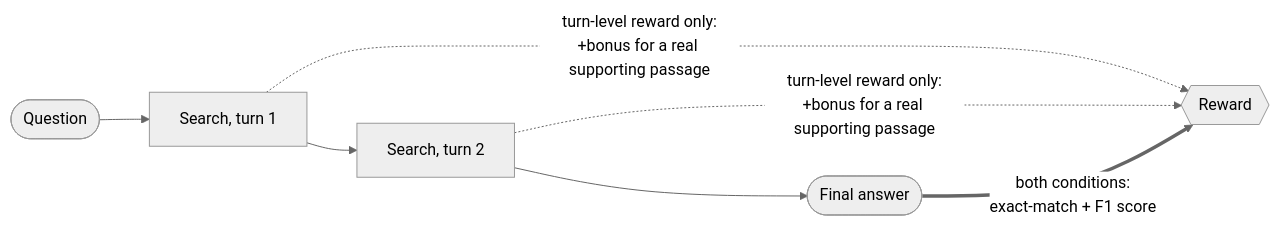
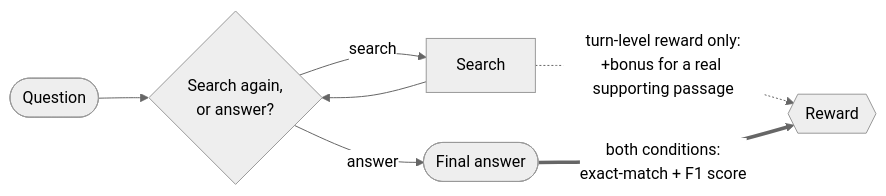
The diagram in README.md (redswimmer/grpo-turn-level-rewards), drawn with Mermaid (neutral theme) before and after one commit. The commit also changed other lines of this file, not shown here.

First line of the commit message:
README: fix a real inaccuracy -- "2-search cap" implied hard enforcement it doesn't have

````diff
--- a/README.md
+++ b/README.md
@@ -15,7 +15,9 @@
 ```mermaid
 flowchart LR
-    Q(["Question"]) --> S1["Search, turn 1"] --> S2["Search, turn 2"] --> Ans(["Final answer"])
-    S1 -. "turn-level reward only:<br/>+bonus for a real supporting passage" .-> Score
-    S2 -. "turn-level reward only:<br/>+bonus for a real supporting passage" .-> Score
+    Q(["Question"]) --> D{"Search again,<br/>or answer?"}
+    D -- "search" --> Se["Search"]
+    Se --> D
+    Se -. "turn-level reward only:<br/>+bonus for a real supporting passage" .-> Score
+    D -- "answer" --> Ans(["Final answer"])
     Ans == "both conditions:<br/>exact-match + F1 score" ==> Score{{"Reward"}}
 ```
````
